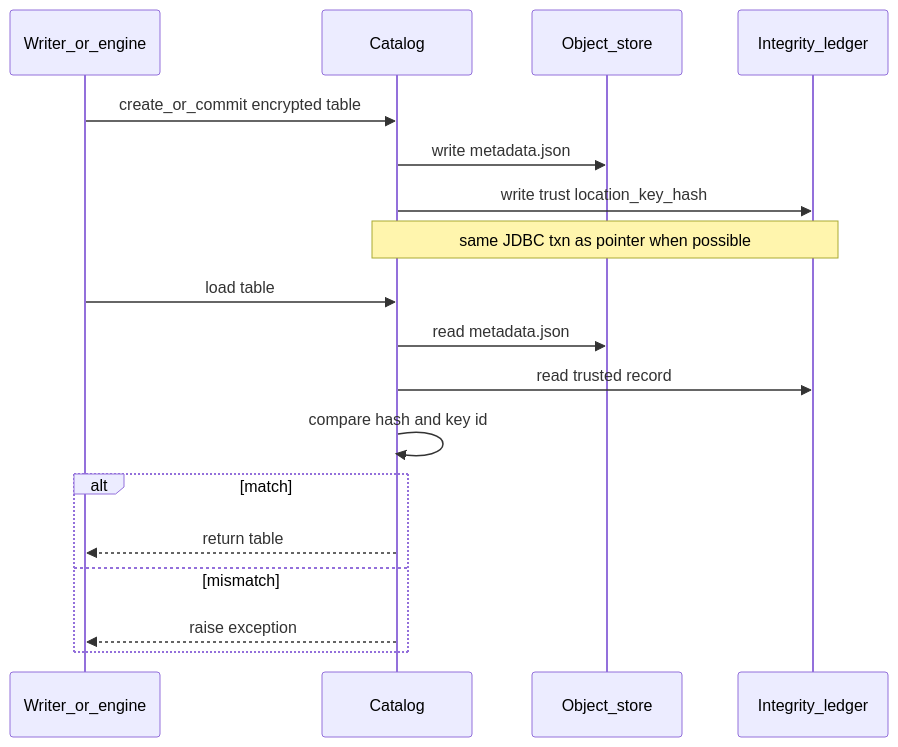
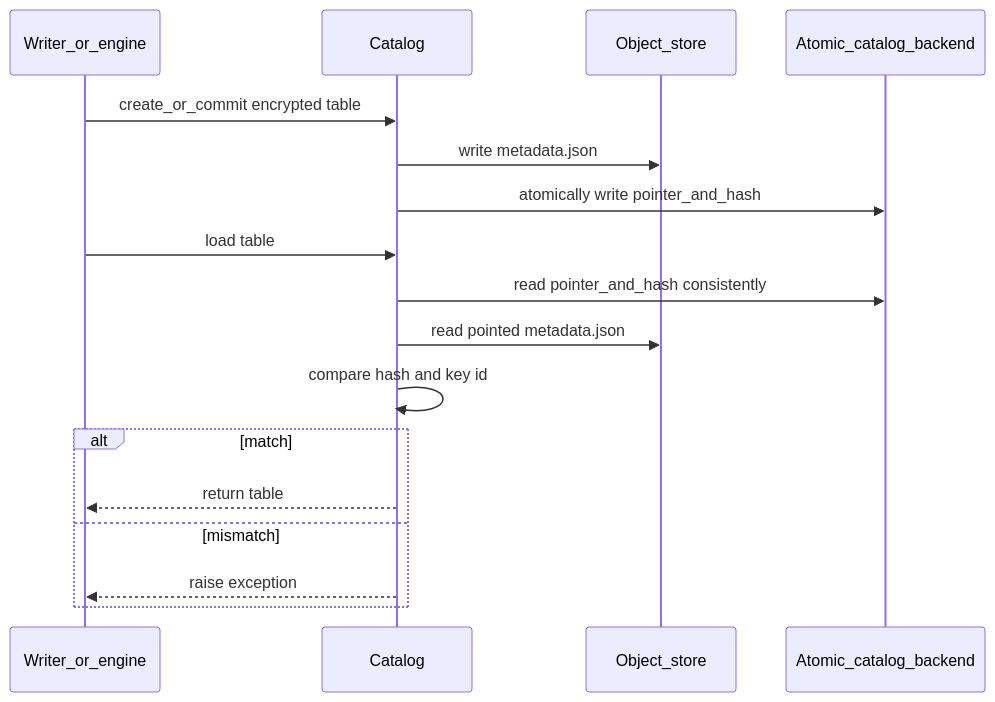
The diagram in design-docs/iceberg-table-encryption/SPIP-governed-iceberg-encryption.md (danhuawang/gravitino), drawn with Mermaid before and after one commit. The commit also changed other lines of this file and 20 other files, not shown here.

````diff
--- a/design-docs/iceberg-table-encryption/SPIP-governed-iceberg-encryption.md
+++ b/design-docs/iceberg-table-encryption/SPIP-governed-iceberg-encryption.md
@@ -442,22 +408,21 @@
 ```mermaid
 sequenceDiagram
   participant Engine as Writer_or_engine
   participant Catalog
   participant Store as Object_store
-  participant Ledger as Integrity_ledger
+  participant Backend as Atomic_catalog_backend
 
   Engine->>Catalog: create_or_commit encrypted table
   Catalog->>Store: write metadata.json
-  Catalog->>Ledger: write trust location_key_hash
-  Note over Catalog,Ledger: same JDBC txn as pointer when possible
+  Catalog->>Backend: atomically write pointer_and_hash
 
   Engine->>Catalog: load table
-  Catalog->>Store: read metadata.json
-  Catalog->>Ledger: read trusted record
+  Catalog->>Backend: read pointer_and_hash consistently
+  Catalog->>Store: read pointed metadata.json
   Catalog->>Catalog: compare hash and key id
   alt match
     Catalog-->>Engine: return table
   else mismatch
     Catalog-->>Engine: raise exception
   end
 ```
````
